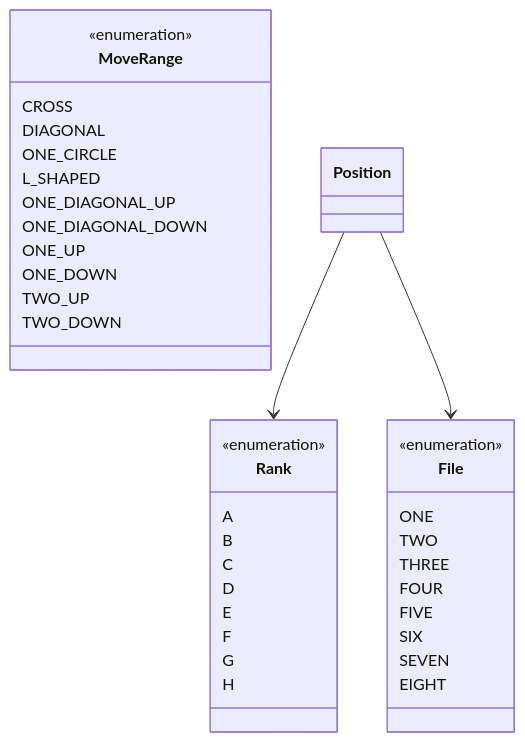
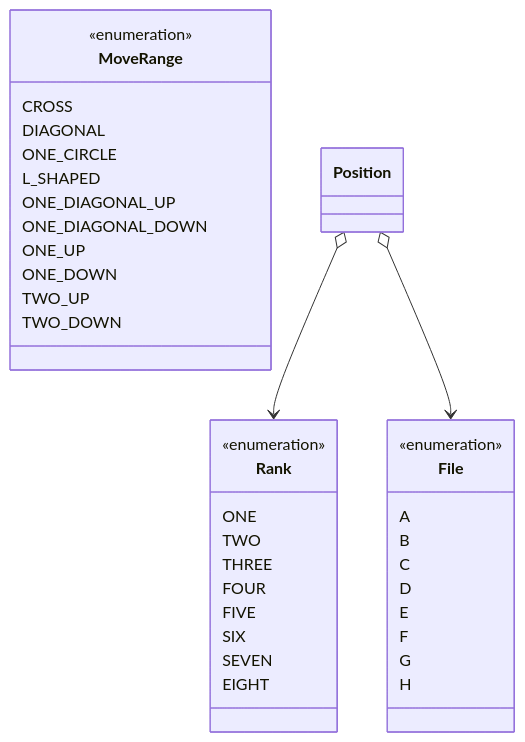
Before and after one commit to woowacourse/java-chess: the sixth of 7 diagrams in docs/README.md, drawn with Mermaid. The commit also changed other lines of this file and 64 other files, not shown here.

````diff
--- a/docs/README.md
+++ b/docs/README.md
@@ -225,48 +379,48 @@
 ```mermaid
 classDiagram
 
 Position
 
-class Rank{
+class File{
     <<enumeration>>
     A
     B
     C
     D
     E
     F
     G
     H
 }
 
-class File{
+class Rank{
     <<enumeration>>
     ONE
     TWO
     THREE
     FOUR
     FIVE
     SIX
     SEVEN
     EIGHT
 }
 class MoveRange{
     <<enumeration>>
     CROSS
     DIAGONAL
     ONE_CIRCLE
     L_SHAPED
     ONE_DIAGONAL_UP
     ONE_DIAGONAL_DOWN
     ONE_UP
     ONE_DOWN
     TWO_UP
     TWO_DOWN
 }
 
 
-Position --> Rank
-Position --> File
+Position o--> Rank
+Position o--> File
 
 
 ```
````
